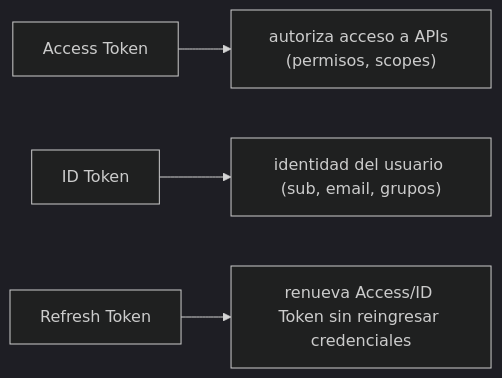
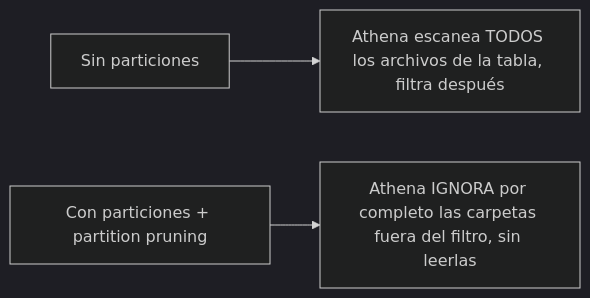
The fifth of 5 diagrams in web/public/content/cloud/modulo-18.md (NICORUIZ93/The_Imperial_Book), drawn with Mermaid (dark theme) before and after one commit. The commit also changed other lines of this file and 305 other files, not shown here.

````diff
--- a/web/public/content/cloud/modulo-18.md
+++ b/web/public/content/cloud/modulo-18.md
@@ -83,6 +124,5 @@
 ```mermaid
 flowchart LR
-    A["Access Token"] --> A1["autoriza acceso a APIs (permisos, scopes)"]
-    B["ID Token"] --> B1["identidad del usuario (sub, email, grupos)"]
-    C["Refresh Token"] --> C1["renueva Access/ID Token sin reingresar credenciales"]
+    A["Sin particiones"] --> A1["Athena escanea TODOS los archivos de la tabla, filtra después"]
+    B["Con particiones + partition pruning"] --> B1["Athena IGNORA por completo las carpetas fuera del filtro, sin leerlas"]
 ```
````
